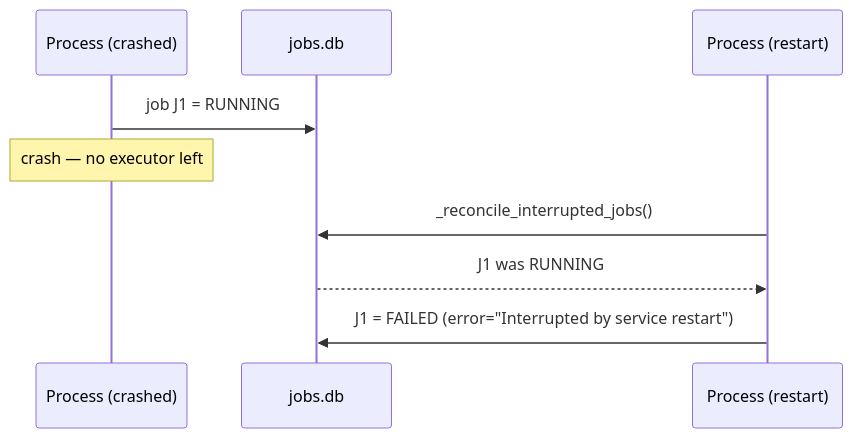
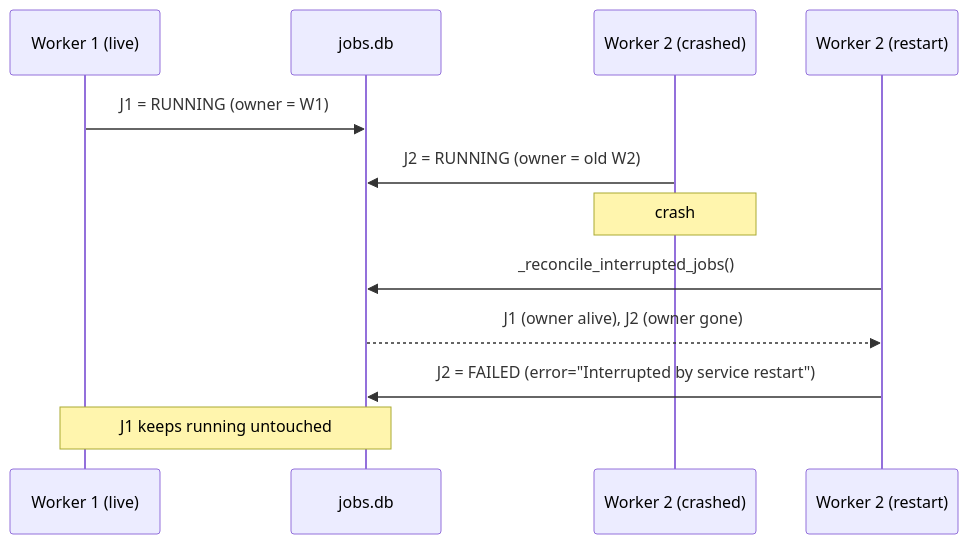
One commit to MervinPraison/PraisonAIDocs changed the sixth of 9 diagrams in docs/features/async-jobs.mdx. Above: the diagram before and after it, drawn with Mermaid. The commit also changed other lines of this file and 11 other files, not shown here.

Commit message:
fix: document PraisonAI PR #5881 adapter YAML parity, owner-scoped jobs reconcile and agent_file root (fixes #4687)

````diff
--- a/docs/features/async-jobs.mdx
+++ b/docs/features/async-jobs.mdx
@@ -216,12 +223,15 @@
 ```mermaid
 sequenceDiagram
-    participant Old as Process (crashed)
+    participant W1 as Worker 1 (live)
     participant DB as jobs.db
-    participant New as Process (restart)
+    participant Old as Worker 2 (crashed)
+    participant W2 as Worker 2 (restart)
 
-    Old->>DB: job J1 = RUNNING
-    Note over Old: crash — no executor left
-    New->>DB: _reconcile_interrupted_jobs()
-    DB-->>New: J1 was RUNNING
-    New->>DB: J1 = FAILED (error="Interrupted by service restart")
+    W1->>DB: J1 = RUNNING (owner = W1)
+    Old->>DB: J2 = RUNNING (owner = old W2)
+    Note over Old: crash
+    W2->>DB: _reconcile_interrupted_jobs()
+    DB-->>W2: J1 (owner alive), J2 (owner gone)
+    W2->>DB: J2 = FAILED (error="Interrupted by service restart")
+    Note over W1,DB: J1 keeps running untouched
 ```
````
